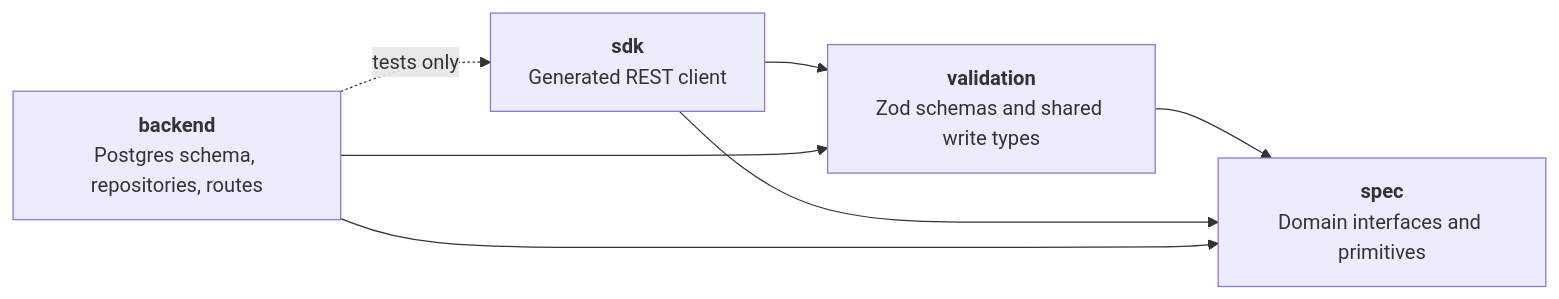
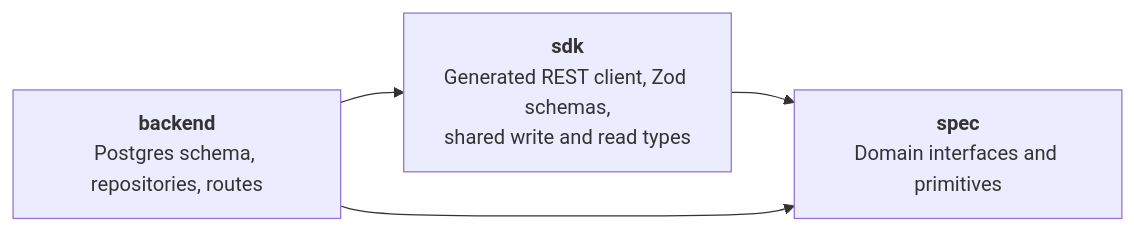
The second of 2 diagrams in README.md (Ciantic/experiment-with-ts-spec), drawn with Mermaid before and after one commit. The commit also changed other lines of this file and 106 other files, not shown here.

Commit message:
Refactor, move validation inside the sdk (2)

````diff
--- a/README.md
+++ b/README.md
@@ -58,14 +53,10 @@
 ```mermaid
 flowchart LR
     spec["<b>spec</b><br/>Domain interfaces and primitives"]
-    validation["<b>validation</b><br/>Zod schemas and shared write types"]
     backend["<b>backend</b><br/>Postgres schema, repositories, routes"]
-    sdk["<b>sdk</b><br/>Generated REST client"]
+    sdk["<b>sdk</b><br/>Generated REST client, Zod schemas,<br/>shared write and read types"]
 
-    validation --> spec
     sdk --> spec
-    sdk --> validation
     backend --> spec
-    backend --> validation
-    backend -.->|tests only| sdk
+    backend --> sdk
 ```
````
